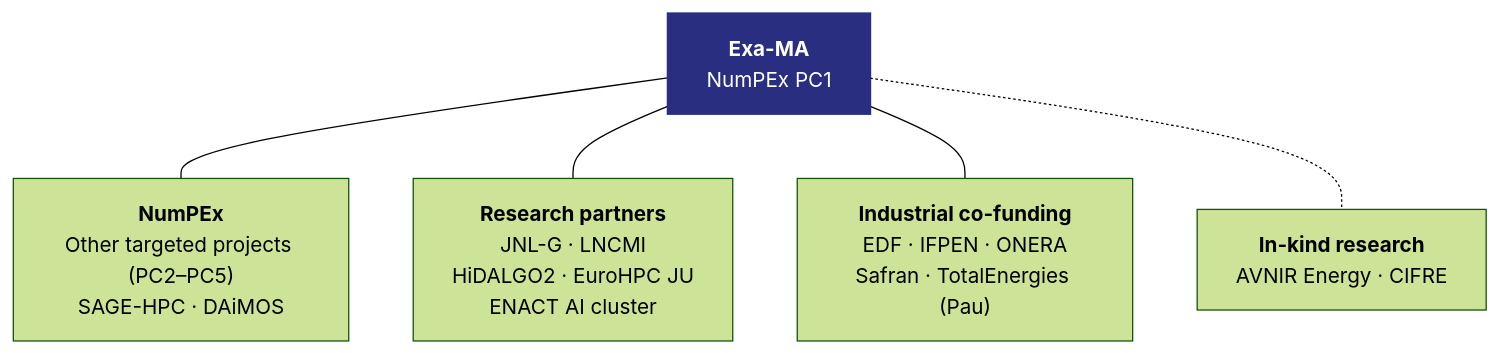
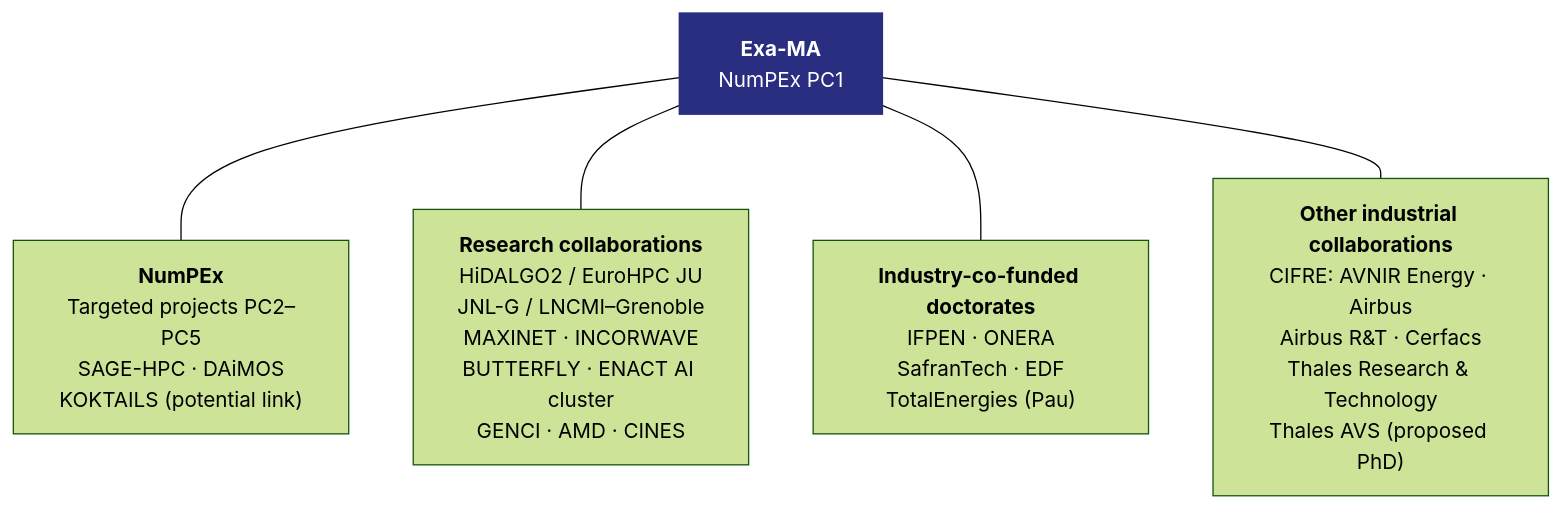
The diagram in graphics/management/ecosystem-2026.mmd (numpex/exa-ma-d7.1), drawn with Mermaid (forest theme) before and after one commit. The commit also changed 34 other files, not shown here.

```diff
--- a/graphics/management/ecosystem-2026.mmd
+++ b/graphics/management/ecosystem-2026.mmd
@@ -1,24 +1,31 @@
-%% Adapted from the ecosystem map presented at the ANR review on 11 June 2026.
+%% Based on the research and industrial partnership tables in D0.2.
 flowchart TB
     exama["`**Exa-MA**
 NumPEx PC1`"]
     programme["`**NumPEx**
-Other targeted projects (PC2–PC5)
-SAGE-HPC · DAiMOS`"]
-    research["`**Research partners**
-JNL-G · LNCMI
-HiDALGO2 · EuroHPC JU
-ENACT AI cluster`"]
-    industry["`**Industrial co-funding**
-EDF · IFPEN · ONERA
-Safran · TotalEnergies (Pau)`"]
-    cifre["`**In-kind research**
-AVNIR Energy · CIFRE`"]
+Targeted projects PC2–PC5
+SAGE-HPC · DAiMOS
+KOKTAILS (potential link)`"]
+    research["`**Research collaborations**
+HiDALGO2 / EuroHPC JU
+JNL-G / LNCMI–Grenoble
+MAXINET · INCORWAVE
+BUTTERFLY · ENACT AI cluster
+GENCI · AMD · CINES`"]
+    cofunded["`**Industry-co-funded doctorates**
+IFPEN · ONERA
+SafranTech · EDF
+TotalEnergies (Pau)`"]
+    industry["`**Other industrial collaborations**
+CIFRE: AVNIR Energy · Airbus
+Airbus R&T · Cerfacs
+Thales Research & Technology
+Thales AVS (proposed PhD)`"]
 
     exama --- programme
     exama --- research
+    exama --- cofunded
     exama --- industry
-    exama -.- cifre
 
     class exama project
     classDef project fill:#2a2e80,stroke:#2a2e80,stroke-width:1.5px,color:#ffffff
```
